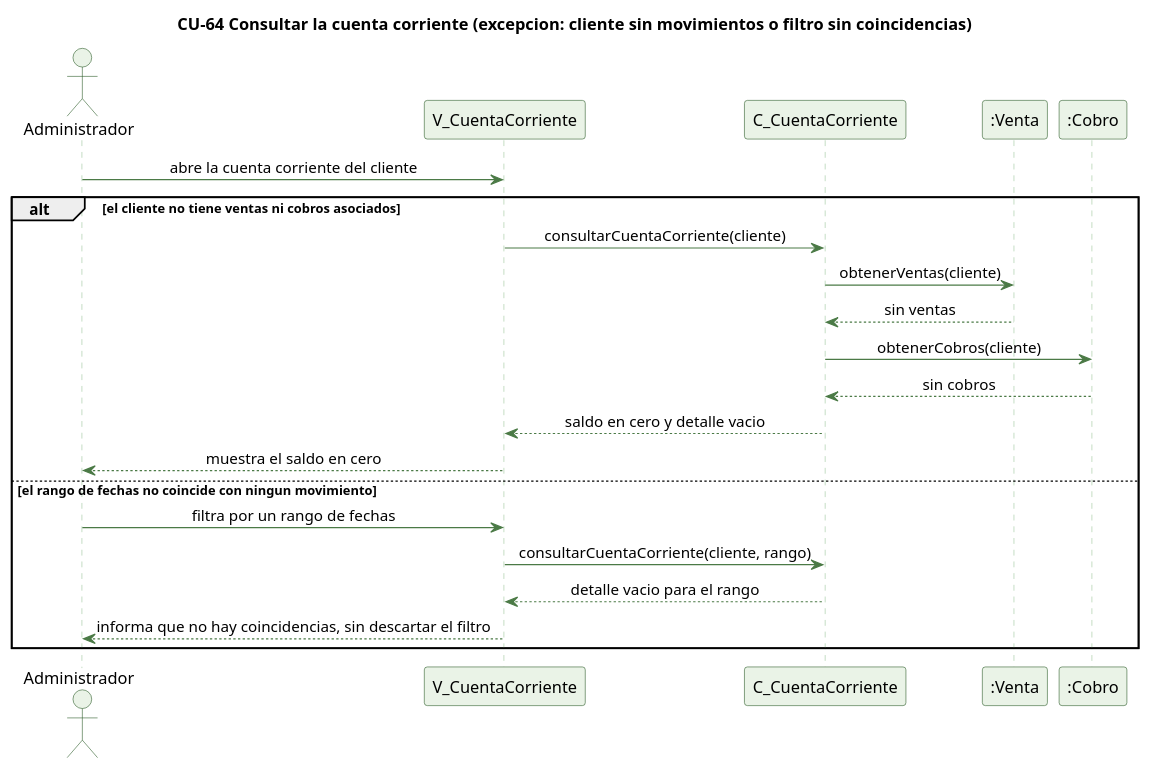
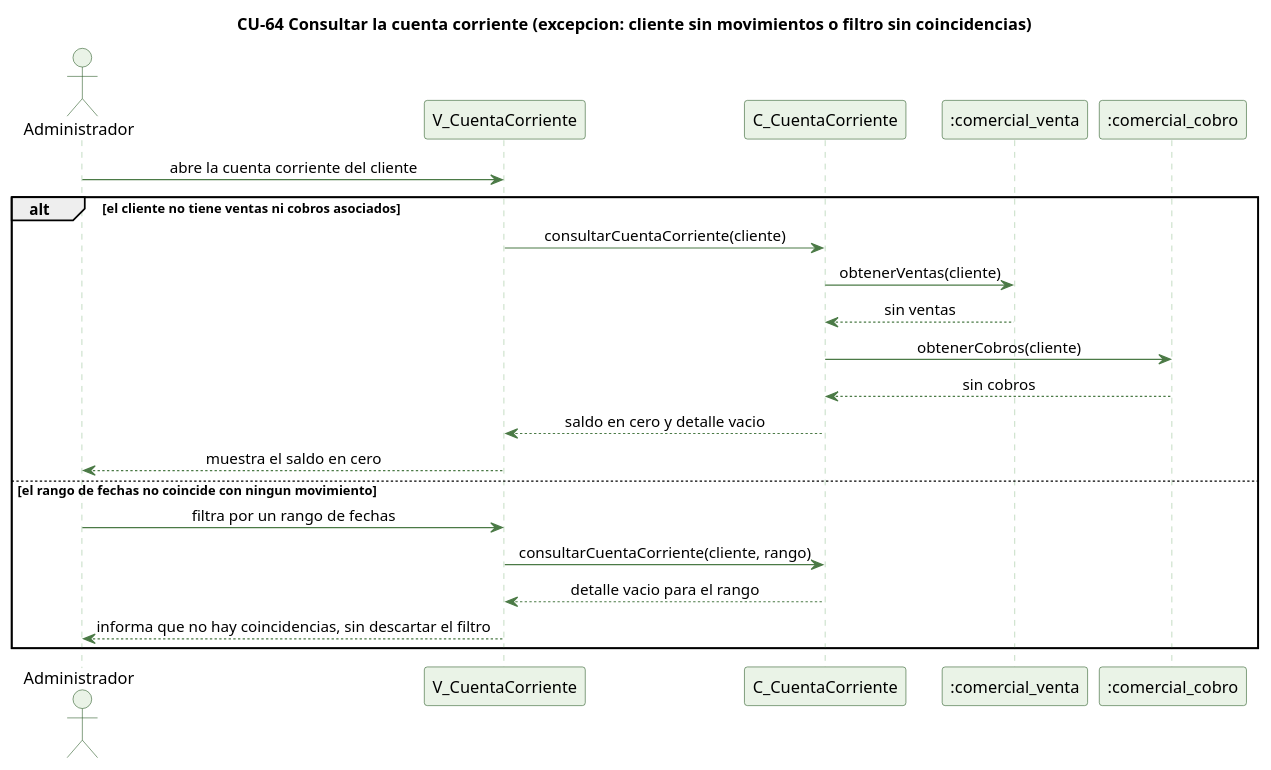
Before and after one commit to kenjikaese/Triverde: the diagram in docs/trabajo-grupal/diagramas/secuencias/cu64-cuenta-corriente-excepcion.puml, drawn with PlantUML. The commit also changed 83 other files, not shown here.

First line of the commit message:
docs(secuencias): diagramas CU-65 a CU-68 y tablas reales en el Modulo 8

```diff
--- a/docs/trabajo-grupal/diagramas/secuencias/cu64-cuenta-corriente-excepcion.puml
+++ b/docs/trabajo-grupal/diagramas/secuencias/cu64-cuenta-corriente-excepcion.puml
@@ -1,38 +1,38 @@
 @startuml cu64-cuenta-corriente-excepcion
 ' CU-64 Consultando la cuenta corriente de un cliente - flujo de excepcion
 skinparam backgroundColor #FFFFFF
 skinparam shadowing false
 skinparam defaultFontName Helvetica
 skinparam sequenceMessageAlign center
 skinparam ParticipantBackgroundColor #EAF3E7
 skinparam ParticipantBorderColor #2E5E2A
 skinparam ActorBackgroundColor #EAF3E7
 skinparam ActorBorderColor #2E5E2A
 skinparam sequenceLifeLineBorderColor #9CC49A
 skinparam ArrowColor #4B7A46
 
 title CU-64 Consultar la cuenta corriente (excepcion: cliente sin movimientos o filtro sin coincidencias)
 
 actor Administrador
 participant "V_CuentaCorriente" as V
 participant "C_CuentaCorriente" as C
-participant ":Venta" as VT
-participant ":Cobro" as CB
+participant ":comercial_venta" as VT
+participant ":comercial_cobro" as CB
 
 Administrador -> V : abre la cuenta corriente del cliente
 alt el cliente no tiene ventas ni cobros asociados
   V -> C : consultarCuentaCorriente(cliente)
   C -> VT : obtenerVentas(cliente)
   VT --> C : sin ventas
   C -> CB : obtenerCobros(cliente)
   CB --> C : sin cobros
   C --> V : saldo en cero y detalle vacio
   V --> Administrador : muestra el saldo en cero
 else el rango de fechas no coincide con ningun movimiento
   Administrador -> V : filtra por un rango de fechas
   V -> C : consultarCuentaCorriente(cliente, rango)
   C --> V : detalle vacio para el rango
   V --> Administrador : informa que no hay coincidencias, sin descartar el filtro
 end
 
 @enduml
```
